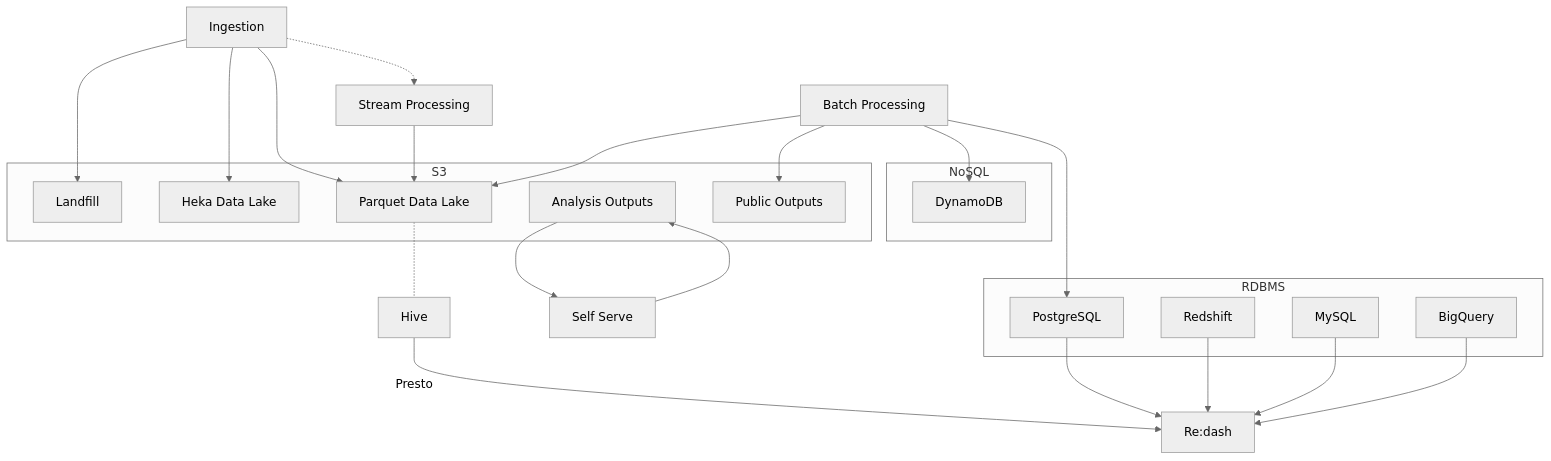
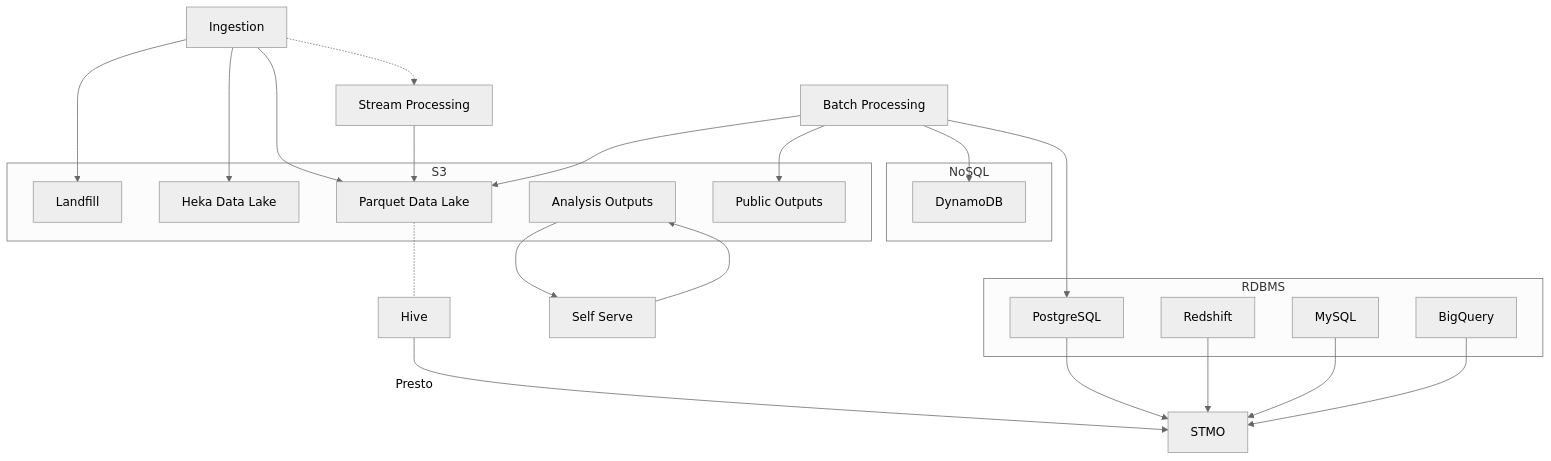
One commit to mozilla/data-docs changed the fourth of 6 diagrams in src/concepts/pipeline/data_pipeline_detail.md. Above: the diagram before and after it, drawn with Mermaid (neutral theme). The commit also changed other lines of this file and 30 other files, not shown here.

Commit message:
Rename re:dash to STMO for clarity.

````diff
--- a/src/concepts/pipeline/data_pipeline_detail.md
+++ b/src/concepts/pipeline/data_pipeline_detail.md
@@ -122,38 +122,38 @@
 ```mermaid
 graph TD
   subgraph RDBMS
     PostgreSQL
     Redshift
     MySQL
     BigQuery
   end
   subgraph NoSQL
     DynamoDB
   end
   subgraph S3
     landfill[Landfill]
     s3_heka[Heka Data Lake]
     s3_parquet[Parquet Data Lake]
     s3_analysis[Analysis Outputs]
     s3_public[Public Outputs]
   end
 
   Ingestion --> s3_heka
   Ingestion --> s3_parquet
   Ingestion --> landfill
   Ingestion -.-> stream[Stream Processing]
   stream --> s3_parquet
   batch[Batch Processing] --> s3_parquet
   batch --> PostgreSQL
   batch --> DynamoDB
   batch --> s3_public
   selfserve[Self Serve] --> s3_analysis
   s3_analysis --> selfserve
-  Hive -->|Presto| redash[Re:dash]
-  PostgreSQL --> redash
-  Redshift --> redash
-  MySQL --> redash
-  BigQuery --> redash
+  Hive -->|Presto| STMO[STMO]
+  PostgreSQL --> STMO
+  Redshift --> STMO
+  MySQL --> STMO
+  BigQuery --> STMO
 
   s3_parquet -.- Hive
 ```
````
